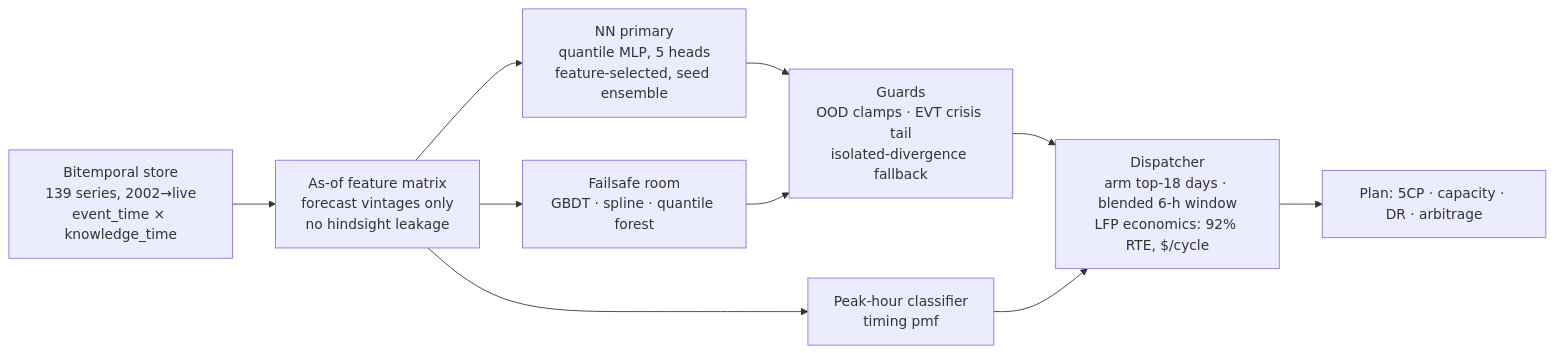
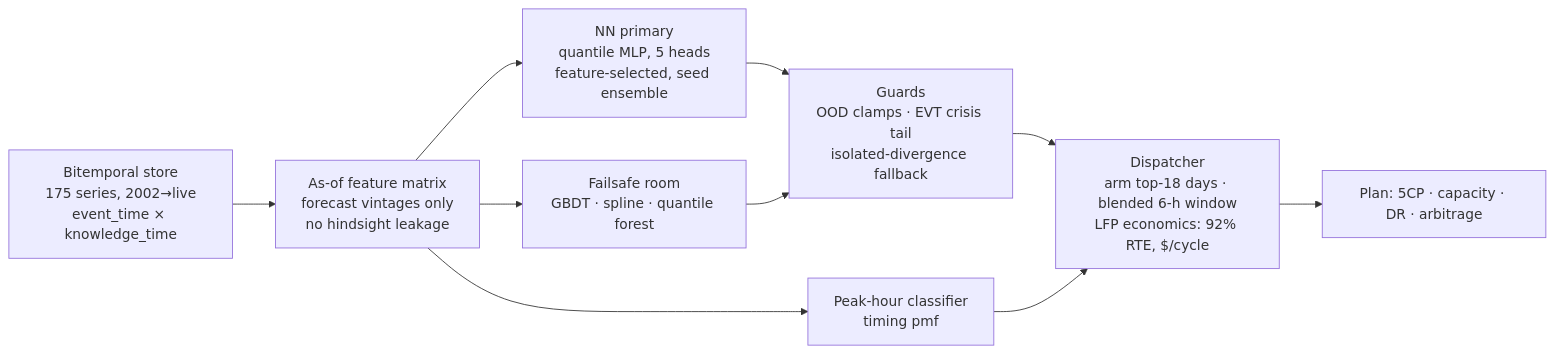
One commit to samridhsood1/aurivest-engine changed the diagram in README.md. Above: the diagram before and after it, drawn with Mermaid. The commit also changed other lines of this file and 4 other files, not shown here.

````diff
--- a/README.md
+++ b/README.md
@@ -54,12 +58,12 @@
 ```mermaid
 flowchart LR
-    A[Bitemporal store<br/>139 series, 2002→live<br/>event_time × knowledge_time] --> B[As-of feature matrix<br/>forecast vintages only<br/>no hindsight leakage]
+    A[Bitemporal store<br/>175 series, 2002→live<br/>event_time × knowledge_time] --> B[As-of feature matrix<br/>forecast vintages only<br/>no hindsight leakage]
     B --> C[NN primary<br/>quantile MLP, 5 heads<br/>feature-selected, seed ensemble]
     B --> D[Failsafe room<br/>GBDT · spline · quantile forest]
     C --> E[Guards<br/>OOD clamps · EVT crisis tail<br/>isolated-divergence fallback]
     D --> E
     B --> F[Peak-hour classifier<br/>timing pmf]
     E --> G[Dispatcher<br/>arm top-18 days · blended 6-h window<br/>LFP economics: 92% RTE, $/cycle]
     F --> G
     G --> H[Plan: 5CP · capacity · DR · arbitrage]
 ```
````
